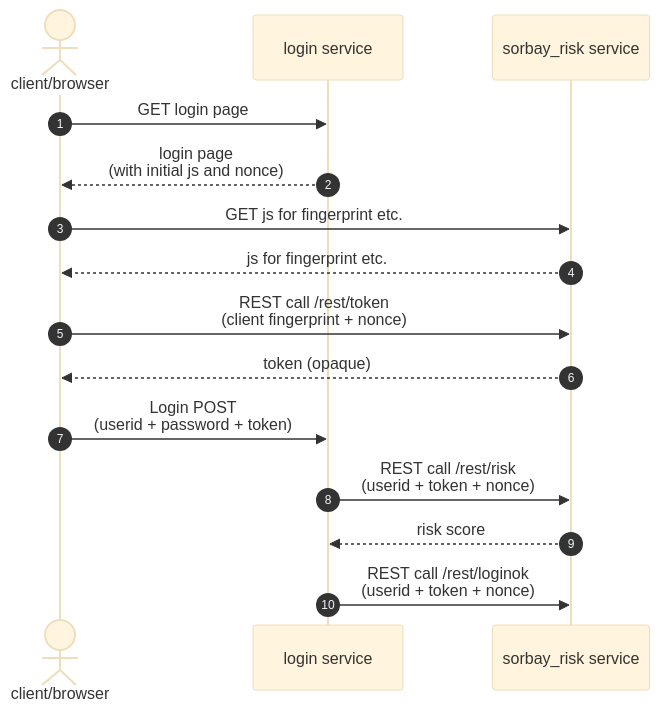
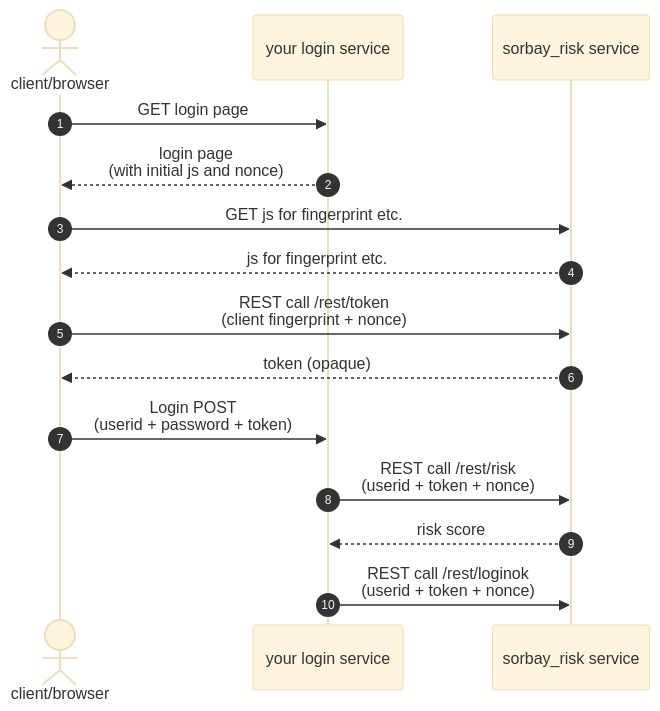
One commit to sorbay/sorbay-documentation changed the diagram in docs/en/sorbay_risk_integration.md. Above: the diagram before and after it, drawn with Mermaid (base theme). The commit also changed other lines of this file and 1 other file, not shown here.

Commit message:
documenting risk service: refinements

````diff
--- a/docs/en/sorbay_risk_integration.md
+++ b/docs/en/sorbay_risk_integration.md
@@ -31,20 +31,20 @@
 ```mermaid
 sequenceDiagram
 
 autonumber
 
 actor client as client/browser
-participant login as login service
+participant login as your login service
 participant risk as sorbay_risk service
 
 client ->> login: GET login page
 login -->> client: login page<br>(with initial js and nonce)
 client ->> risk: GET js for fingerprint etc.
 risk -->> client: js for fingerprint etc.
 client ->> risk: REST call /rest/token<br>(client fingerprint + nonce)
 risk -->> client: token (opaque)
 client ->> login: Login POST<br>(userid + password + token)
 login ->> risk: REST call /rest/risk<br>(userid + token + nonce)
 risk -->> login: risk score
 login ->> risk: REST call /rest/loginok<br>(userid + token + nonce)
 ```
````
